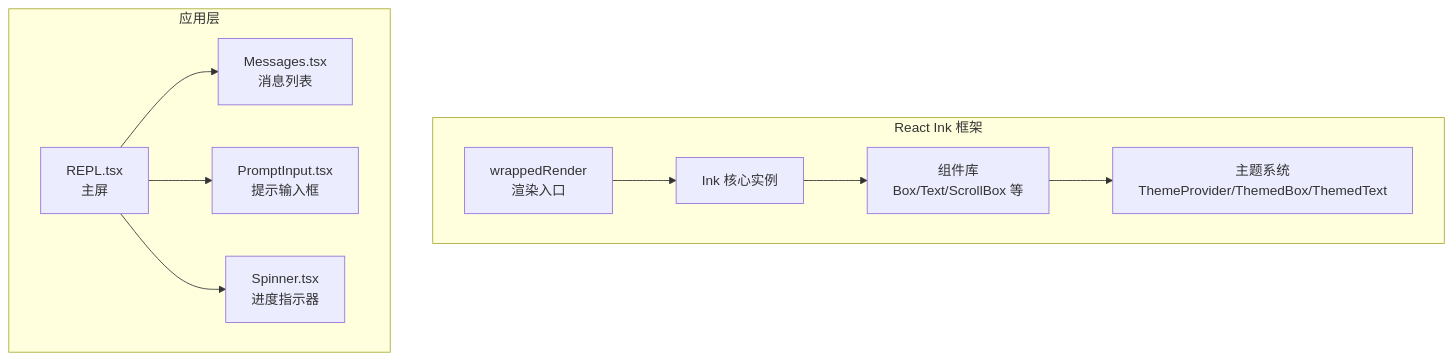
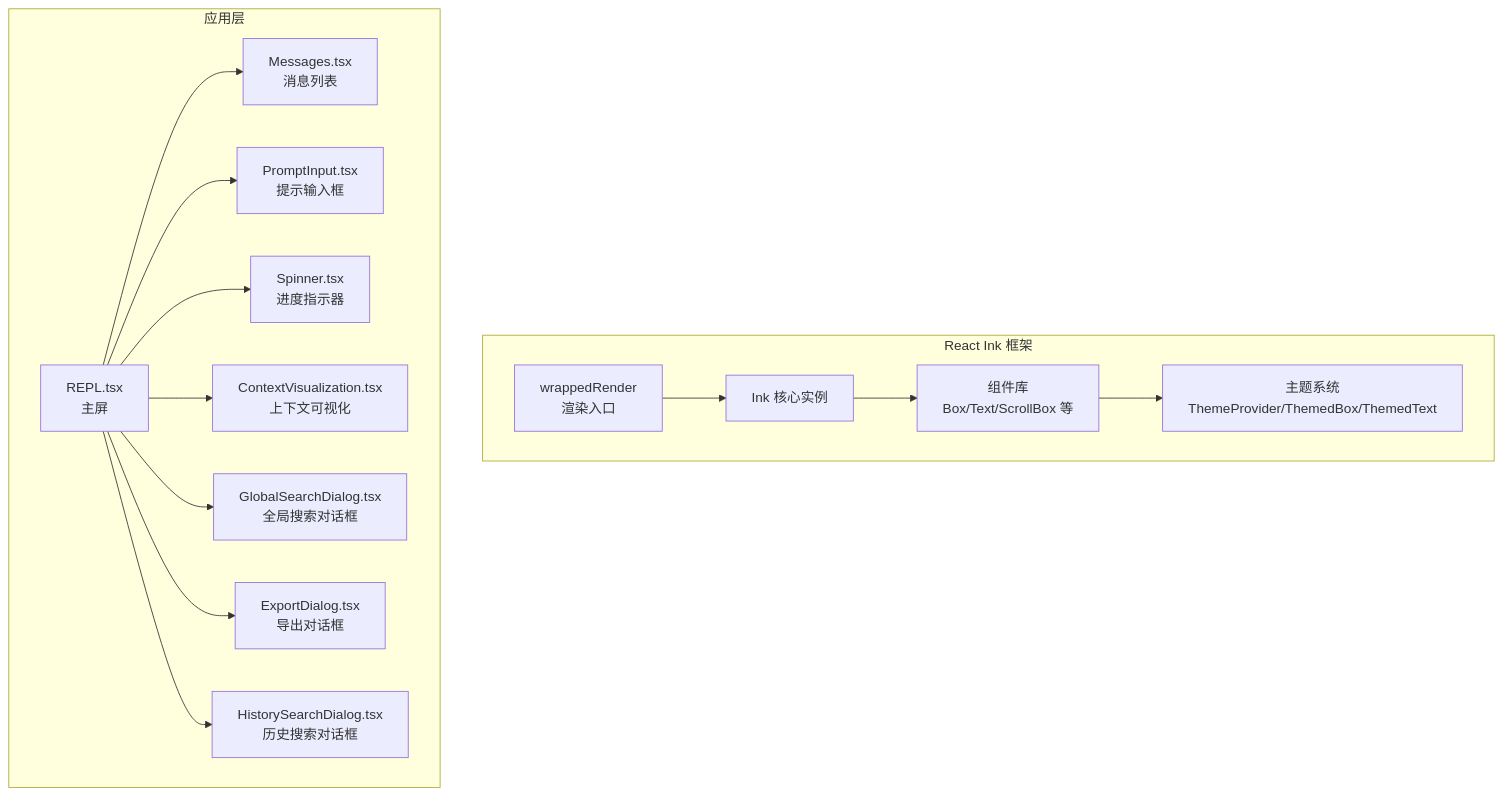
The first of 11 diagrams in .qoder/repowiki/zh/content/用户界面系统/用户界面系统.md (yuanliu147/claude-code), drawn with Mermaid before and after one commit. The commit also changed other lines of this file and 5 other files, not shown here.

````diff
--- a/.qoder/repowiki/zh/content/用户界面系统/用户界面系统.md
+++ b/.qoder/repowiki/zh/content/用户界面系统/用户界面系统.md
@@ -39,21 +57,29 @@
 ```mermaid
 graph TB
 subgraph "React Ink 框架"
 A["wrappedRender<br/>渲染入口"]
 B["Ink 核心实例"]
 C["组件库<br/>Box/Text/ScrollBox 等"]
 D["主题系统<br/>ThemeProvider/ThemedBox/ThemedText"]
 end
 subgraph "应用层"
 E["REPL.tsx<br/>主屏"]
 F["Messages.tsx<br/>消息列表"]
 G["PromptInput.tsx<br/>提示输入框"]
 H["Spinner.tsx<br/>进度指示器"]
+I["ContextVisualization.tsx<br/>上下文可视化"]
+J["GlobalSearchDialog.tsx<br/>全局搜索对话框"]
+K["ExportDialog.tsx<br/>导出对话框"]
+L["HistorySearchDialog.tsx<br/>历史搜索对话框"]
 end
 A --> B
 B --> C
 C --> D
 E --> F
 E --> G
 E --> H
+E --> I
+E --> J
+E --> K
+E --> L
 ```
````
